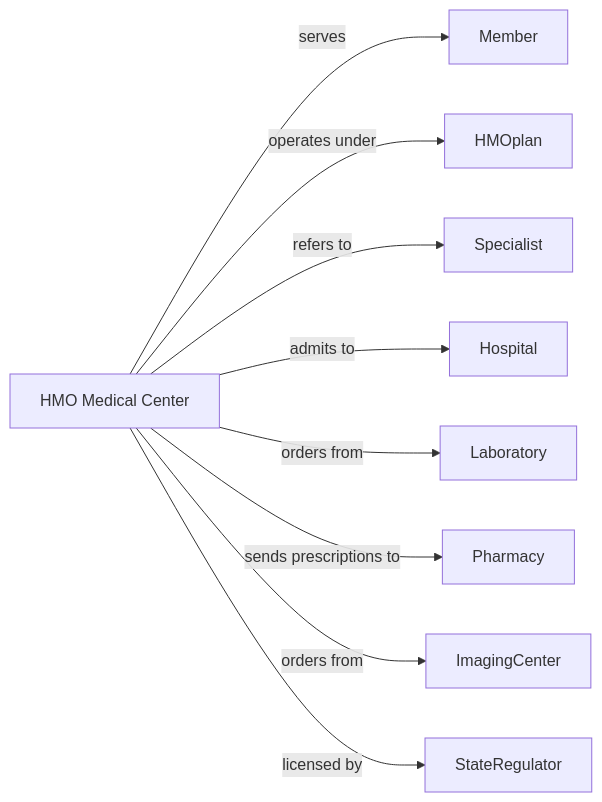
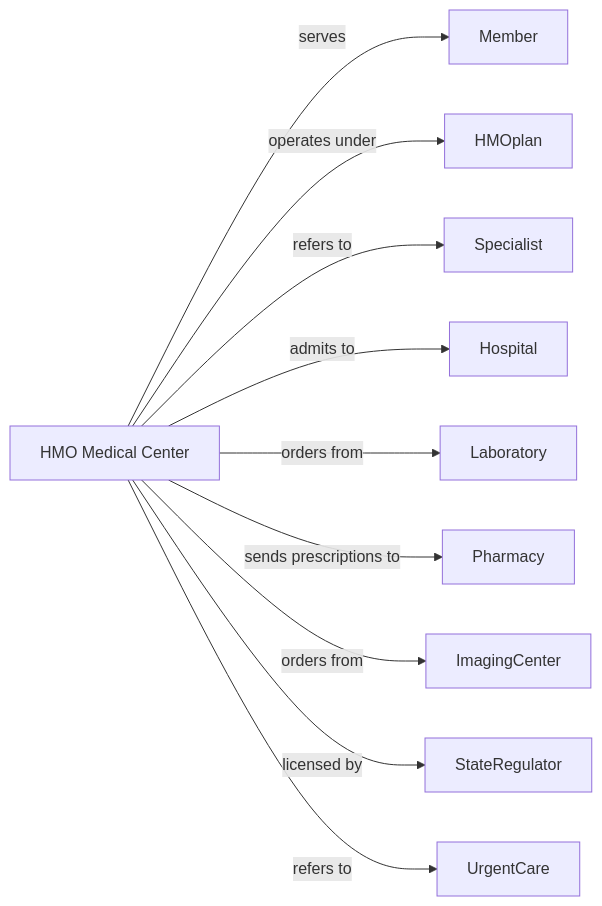
The second of 2 diagrams in HealthCare/AmbulatoryHealthCareServices/OutpatientCareCenters/HmoMedicalCenters.mdx (dot-org-ai/industries.org.ai), drawn with Mermaid before and after one commit. The commit also changed 588 other files, not shown here.

````diff
--- a/HealthCare/AmbulatoryHealthCareServices/OutpatientCareCenters/HmoMedicalCenters.mdx
+++ b/HealthCare/AmbulatoryHealthCareServices/OutpatientCareCenters/HmoMedicalCenters.mdx
@@ -140,13 +140,14 @@
 ```mermaid
 graph LR
     H[HMO Medical Center]
 
     H -->|serves| Member
     H -->|operates under| HMOplan
     H -->|refers to| Specialist
     H -->|admits to| Hospital
     H -->|orders from| Laboratory
     H -->|sends prescriptions to| Pharmacy
     H -->|orders from| ImagingCenter
     H -->|licensed by| StateRegulator
+    H -->|refers to| UrgentCare
 ```
````
